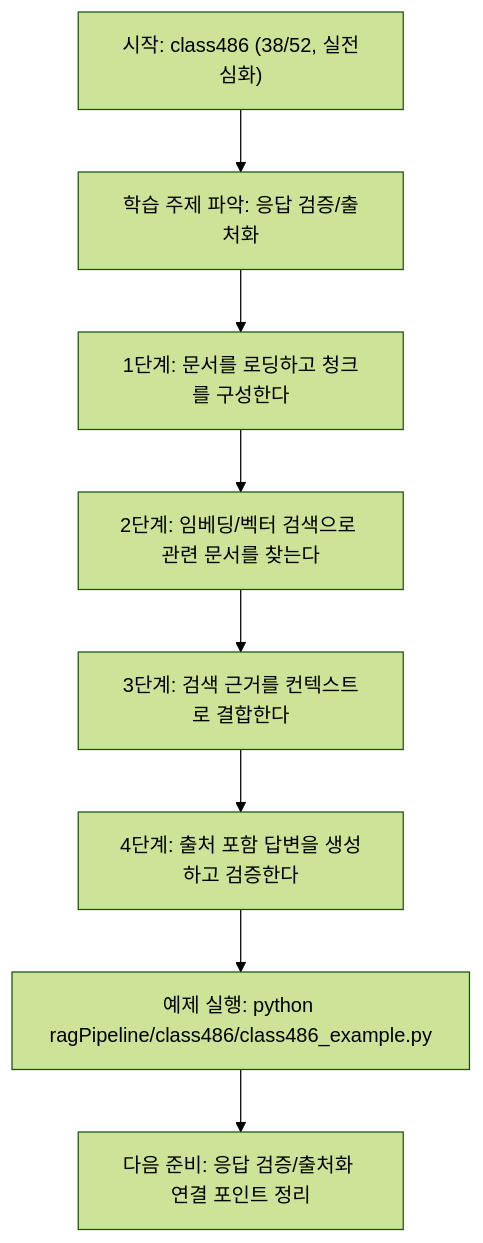
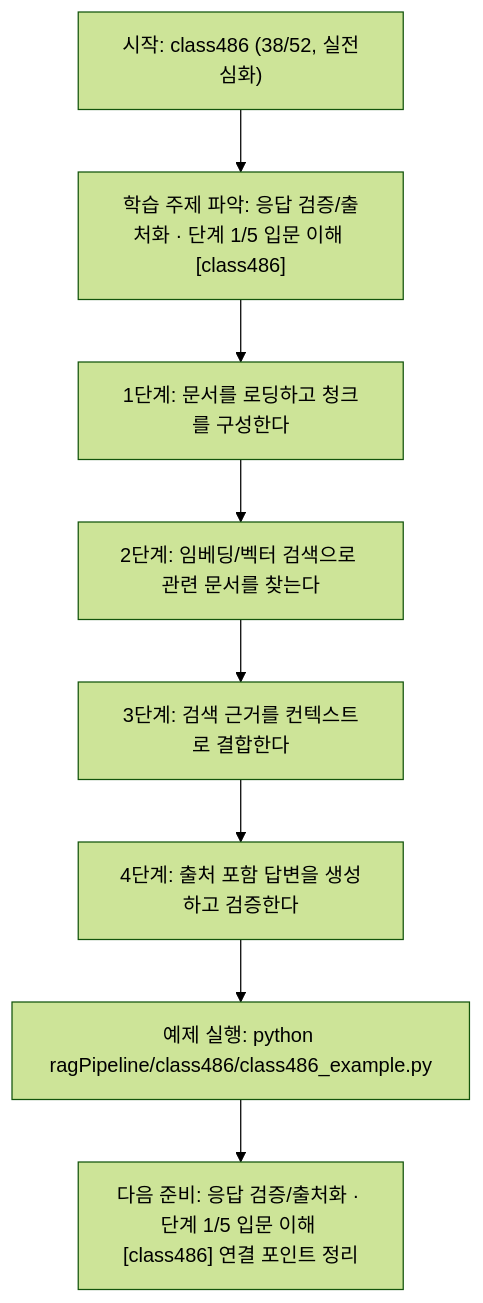
The diagram in ragPipeline/class486/class486.md (edumgt/Python-AI_Agent-Class), drawn with Mermaid (forest theme) before and after one commit. The commit also changed other lines of this file and 522 other files, not shown here.

````diff
--- a/ragPipeline/class486/class486.md
+++ b/ragPipeline/class486/class486.md
@@ -110,18 +111,18 @@
 ```mermaid
 flowchart TD
 N1["시작: class486 (38/52, 실전심화)"]
-N2["학습 주제 파악: 응답 검증/출처화"]
+N2["학습 주제 파악: 응답 검증/출처화 · 단계 1/5 입문 이해 [class486]"]
 N3["1단계: 문서를 로딩하고 청크를 구성한다"]
 N4["2단계: 임베딩/벡터 검색으로 관련 문서를 찾는다"]
 N5["3단계: 검색 근거를 컨텍스트로 결합한다"]
 N6["4단계: 출처 포함 답변을 생성하고 검증한다"]
 N7["예제 실행: python ragPipeline/class486/class486_example.py"]
-N8["다음 준비: 응답 검증/출처화 연결 포인트 정리"]
+N8["다음 준비: 응답 검증/출처화 · 단계 1/5 입문 이해 [class486] 연결 포인트 정리"]
 N1 --> N2
 N2 --> N3
 N3 --> N4
 N4 --> N5
 N5 --> N6
 N6 --> N7
 N7 --> N8
 ```
````
